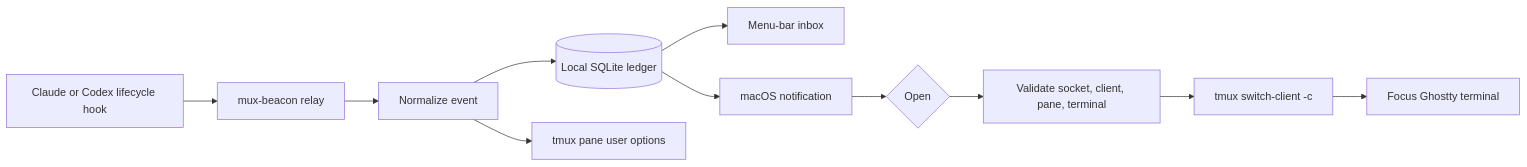
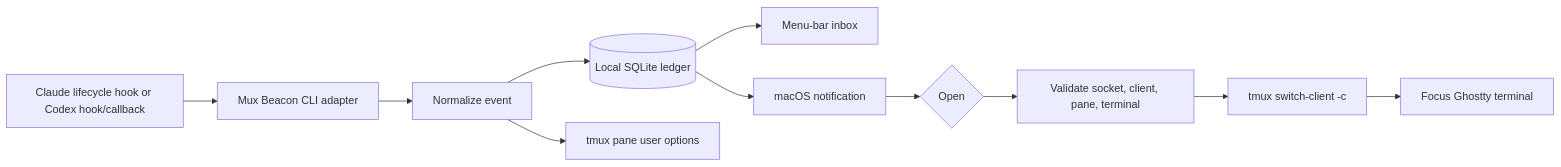
Before and after one commit to Lukeesec/mux-beacon: the diagram in docs/ARCHITECTURE.md, drawn with Mermaid. The commit also changed other lines of this file and 10 other files, not shown here.

````diff
--- a/docs/ARCHITECTURE.md
+++ b/docs/ARCHITECTURE.md
@@ -5,13 +5,13 @@
 ```mermaid
 flowchart LR
-    A[Claude or Codex lifecycle hook] --> B[mux-beacon relay]
+    A[Claude lifecycle hook or Codex hook/callback] --> B[Mux Beacon CLI adapter]
     B --> C[Normalize event]
     C --> D[(Local SQLite ledger)]
     C --> E[tmux pane user options]
     D --> F[Menu-bar inbox]
     D --> G[macOS notification]
     G --> H{Open}
     H --> I[Validate socket, client, pane, terminal]
     I --> J[tmux switch-client -c]
     J --> K[Focus Ghostty terminal]
 ```
````
